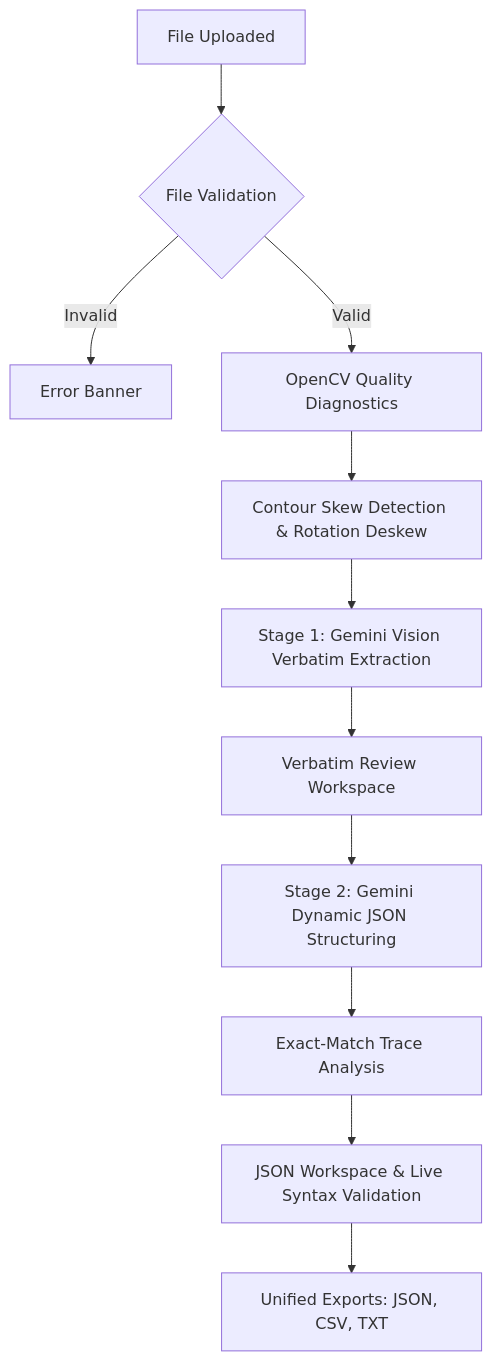
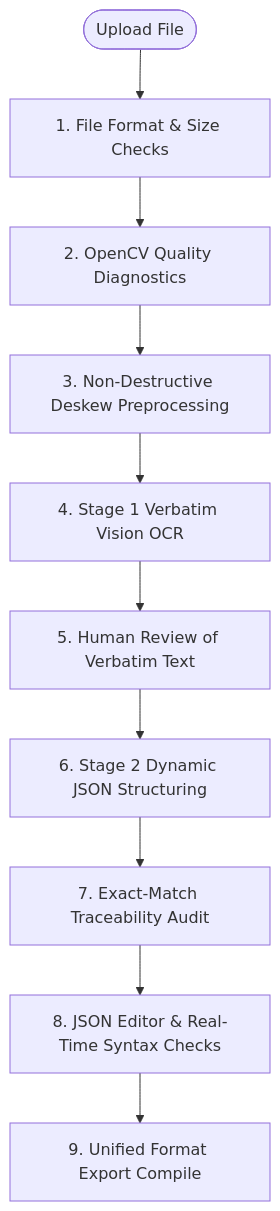
One commit to sankaran-s2001/Nobeth-Universal-OCR changed the second of 5 diagrams in README.md. Above: the diagram before and after it, drawn with Mermaid. The commit also changed other lines of this file, not shown here.

Commit message:
Completely restructure README.md to include 35 comprehensive sections, custom workflow diagrams, and technical glossary

````diff
--- a/README.md
+++ b/README.md
@@ -37,13 +112,12 @@
 ```mermaid
 flowchart TD
-    Upload[File Uploaded] --> Validation{File Validation}
-    Validation -- Invalid --> Error[Error Banner]
-    Validation -- Valid --> Diagnostics[OpenCV Quality Diagnostics]
-    Diagnostics --> Preprocessing[Contour Skew Detection & Rotation Deskew]
-    Preprocessing --> Stage1[Stage 1: Gemini Vision Verbatim Extraction]
-    Stage1 --> Review[Verbatim Review Workspace]
-    Review --> Stage2[Stage 2: Gemini Dynamic JSON Structuring]
-    Stage2 --> Traceability[Exact-Match Trace Analysis]
-    Traceability --> EditWorkspace[JSON Workspace & Live Syntax Validation]
-    EditWorkspace --> Export[Unified Exports: JSON, CSV, TXT]
+    Start([Upload File]) --> Step1[1. File Format & Size Checks]
+    Step1 --> Step2[2. OpenCV Quality Diagnostics]
+    Step2 --> Step3[3. Non-Destructive Deskew Preprocessing]
+    Step3 --> Step4[4. Stage 1 Verbatim Vision OCR]
+    Step4 --> Step5[5. Human Review of Verbatim Text]
+    Step5 --> Step6[6. Stage 2 Dynamic JSON Structuring]
+    Step6 --> Step7[7. Exact-Match Traceability Audit]
+    Step7 --> Step8[8. JSON Editor & Real-Time Syntax Checks]
+    Step8 --> Step9[9. Unified Format Export Compile]
 ```
````
